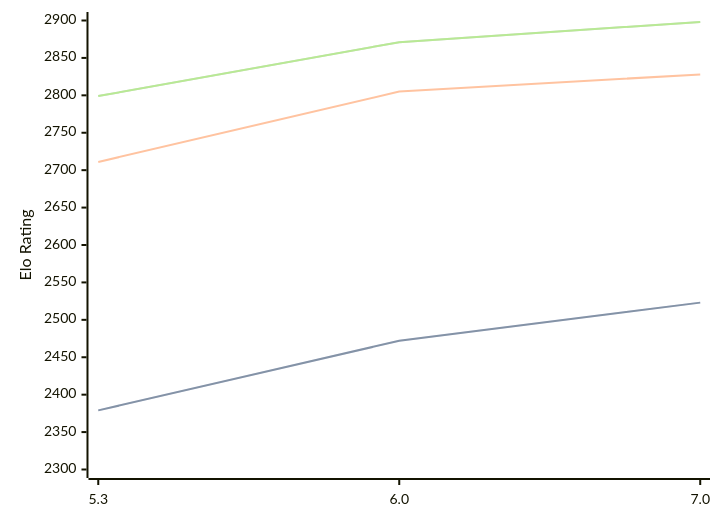
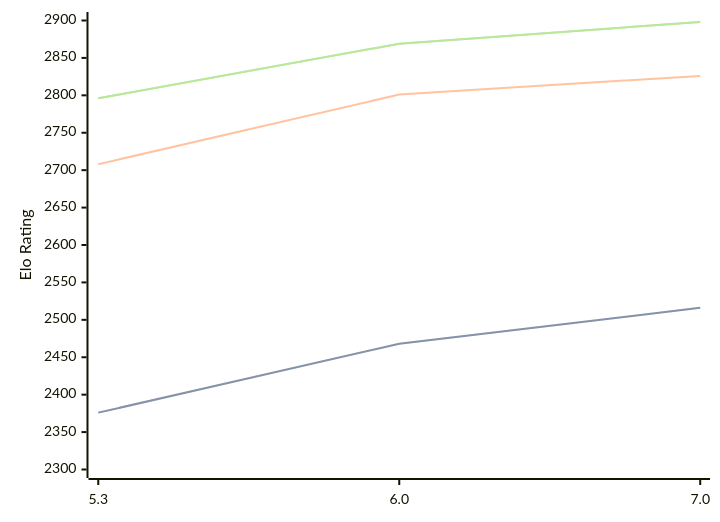
Before and after one commit to computer-chess-index/cci: the diagram in engines/tomitankChess.md, drawn with Mermaid. The commit also changed other lines of this file, not shown here.

Commit message:
Update CCI Ratings (ELO VLTC) - 2026-08-12

````diff
--- a/engines/tomitankChess.md
+++ b/engines/tomitankChess.md
@@ -33,11 +33,11 @@
 ```mermaid
 %%{init: {"theme":"base","themeVariables":{"seriesColors:['#a3a3a3','#222221','#faa371']}}}%%
 xychart-beta
   x-axis ["5.3", "6.0", "7.0"]
   y-axis "Elo Rating" 2300 --> 2900
-  line "STC (8.0+0.08s)" [2379, 2472, 2523]
-  line "STC (8.0+0.08s)" [2379, 2472, 2523]
-  line "LTC (60.0+0.60s)" [2711, 2805, 2828]
-  line "VLTC (2m24s+1.12s)" [2799, 2871, 2898]
-  line "VLTC (2m24s+1.12s)" [2799, 2871, 2898]
+  line "STC (8.0+0.08s)" [2376, 2468, 2516]
+  line "STC (8.0+0.08s)" [2376, 2468, 2516]
+  line "LTC (60.0+0.60s)" [2708, 2801, 2826]
+  line "VLTC (2m24s+1.12s)" [2796, 2869, 2898]
+  line "VLTC (2m24s+1.12s)" [2796, 2869, 2898]
 ```
````
